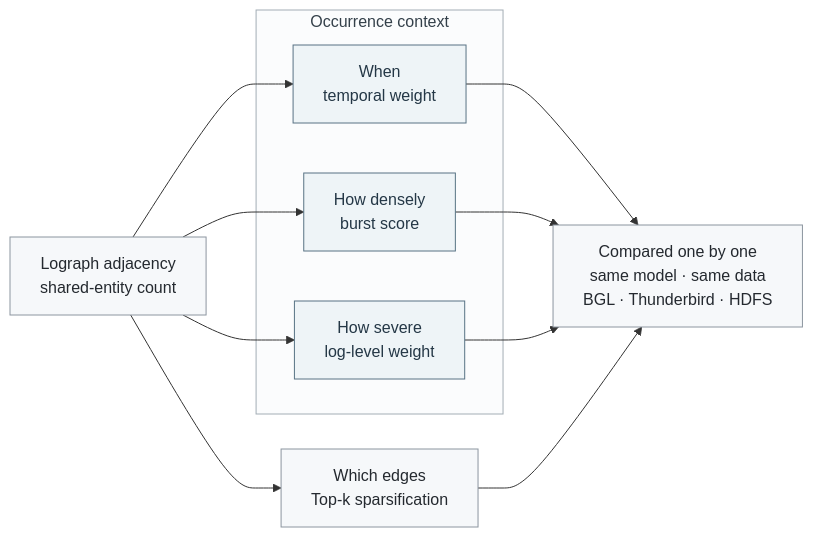
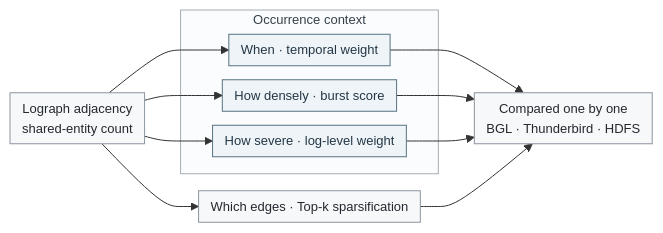
Before and after one commit to prosild/prosild: the first of 2 diagrams in README.md, drawn with Mermaid. The commit also changed other lines of this file, not shown here.

````diff
--- a/README.md
+++ b/README.md
@@ -46,30 +46,31 @@
 ```mermaid
+%%{init: {"flowchart": {"nodeSpacing": 14, "rankSpacing": 36, "padding": 6}, "themeVariables": {"fontSize": "13px"}}}%%
 flowchart LR
     A["Lograph adjacency<br/>shared-entity count"]
 
     subgraph C["Occurrence context"]
-        T["When<br/>temporal weight"]
-        B["How densely<br/>burst score"]
-        L["How severe<br/>log-level weight"]
+        T["When · temporal weight"]
+        B["How densely · burst score"]
+        L["How severe · log-level weight"]
     end
 
-    K["Which edges<br/>Top-k sparsification"]
+    K["Which edges · Top-k sparsification"]
 
     A --> T
     A --> B
     A --> L
     A --> K
 
     T --> E
     B --> E
     L --> E
     K --> E
 
-    E["Compared one by one<br/>same model · same data<br/>BGL · Thunderbird · HDFS"]
+    E["Compared one by one<br/>BGL · Thunderbird · HDFS"]
 
     classDef base fill:#f6f8fa,stroke:#8c959f,color:#24292f;
     classDef ctx fill:#eef4f7,stroke:#587384,color:#243746;
     class A,E,K base;
     class T,B,L ctx;
     style C fill:#fbfcfd,stroke:#a3adb5,color:#34404a;
 ```
````
